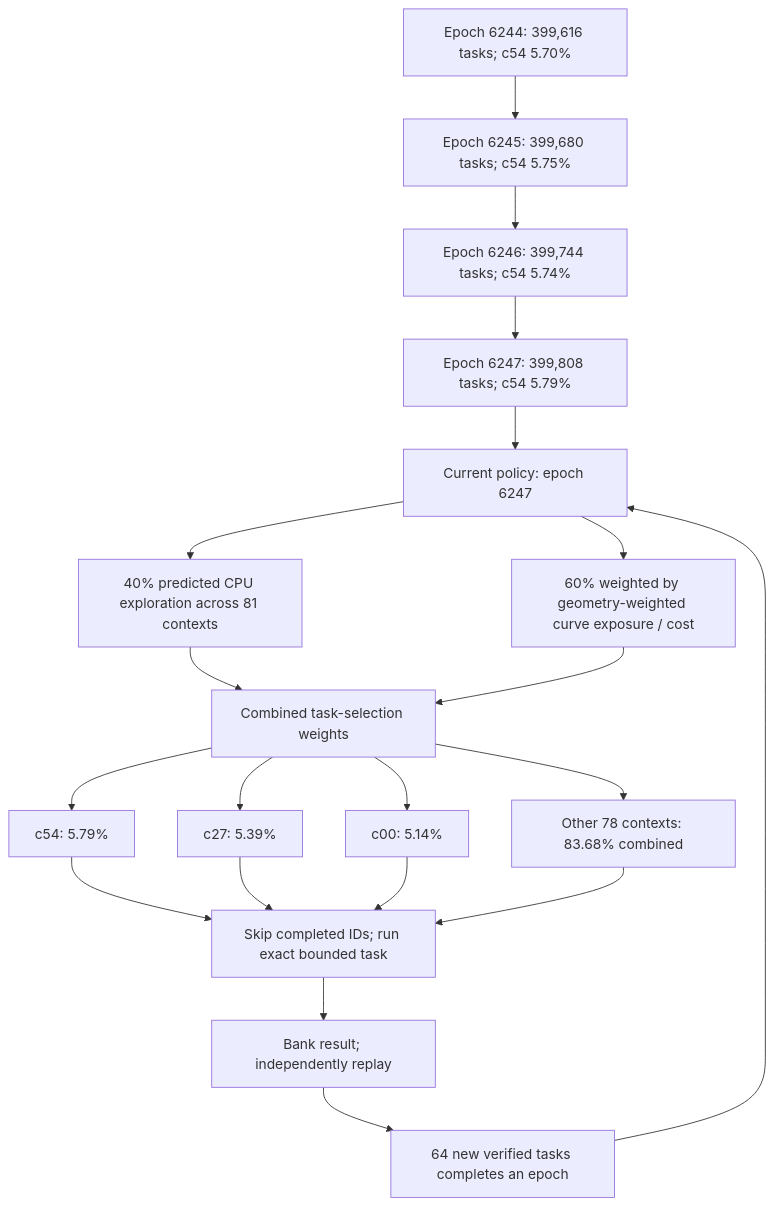
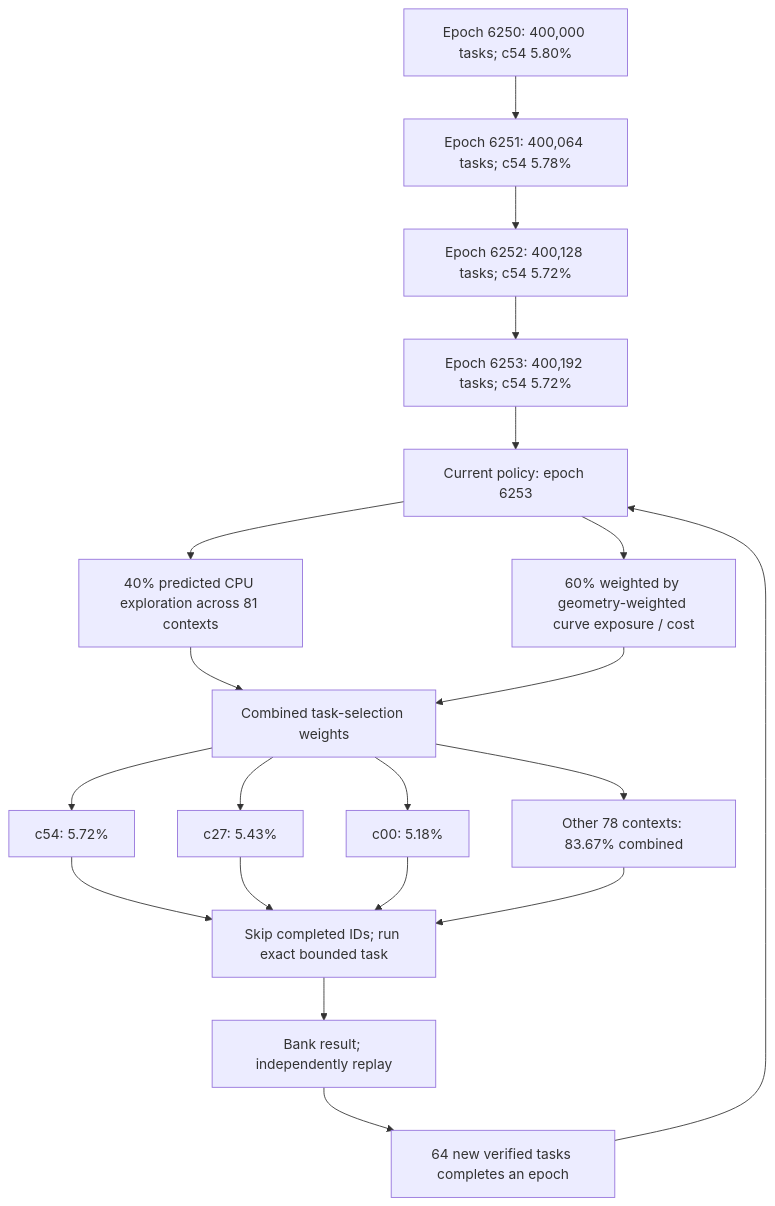
The first of 4 diagrams in README.md (Kuberwastaken/math-gambling), drawn with Mermaid before and after one commit. The commit also changed other lines of this file and 1949 other files, not shown here.

````diff
--- a/README.md
+++ b/README.md
@@ -60,27 +60,27 @@
 ```mermaid
 flowchart TD
-    H0["Epoch 6244: 399,616 tasks; c54 5.70%"]
-    H1["Epoch 6245: 399,680 tasks; c54 5.75%"]
+    H0["Epoch 6250: 400,000 tasks; c54 5.80%"]
+    H1["Epoch 6251: 400,064 tasks; c54 5.78%"]
     H0 --> H1
-    H2["Epoch 6246: 399,744 tasks; c54 5.74%"]
+    H2["Epoch 6252: 400,128 tasks; c54 5.72%"]
     H1 --> H2
-    H3["Epoch 6247: 399,808 tasks; c54 5.79%"]
+    H3["Epoch 6253: 400,192 tasks; c54 5.72%"]
     H2 --> H3
-    Policy["Current policy: epoch 6247"]
+    Policy["Current policy: epoch 6253"]
     H3 --> Policy
     Policy --> Explore["40% predicted CPU exploration across 81 contexts"]
     Policy --> Cost["60% weighted by geometry-weighted curve exposure / cost"]
     Explore --> Mix["Combined task-selection weights"]
     Cost --> Mix
-    Mix --> C0["c54: 5.79%"]
-    Mix --> C1["c27: 5.39%"]
-    Mix --> C2["c00: 5.14%"]
-    Mix --> Rest["Other 78 contexts: 83.68% combined"]
+    Mix --> C0["c54: 5.72%"]
+    Mix --> C1["c27: 5.43%"]
+    Mix --> C2["c00: 5.18%"]
+    Mix --> Rest["Other 78 contexts: 83.67% combined"]
     C0 --> Check["Skip completed IDs; run exact bounded task"]
     C1 --> Check
     C2 --> Check
     Rest --> Check
     Check --> Replay["Bank result; independently replay"]
     Replay --> Gate["64 new verified tasks completes an epoch"]
     Gate --> Policy
 ```
````
